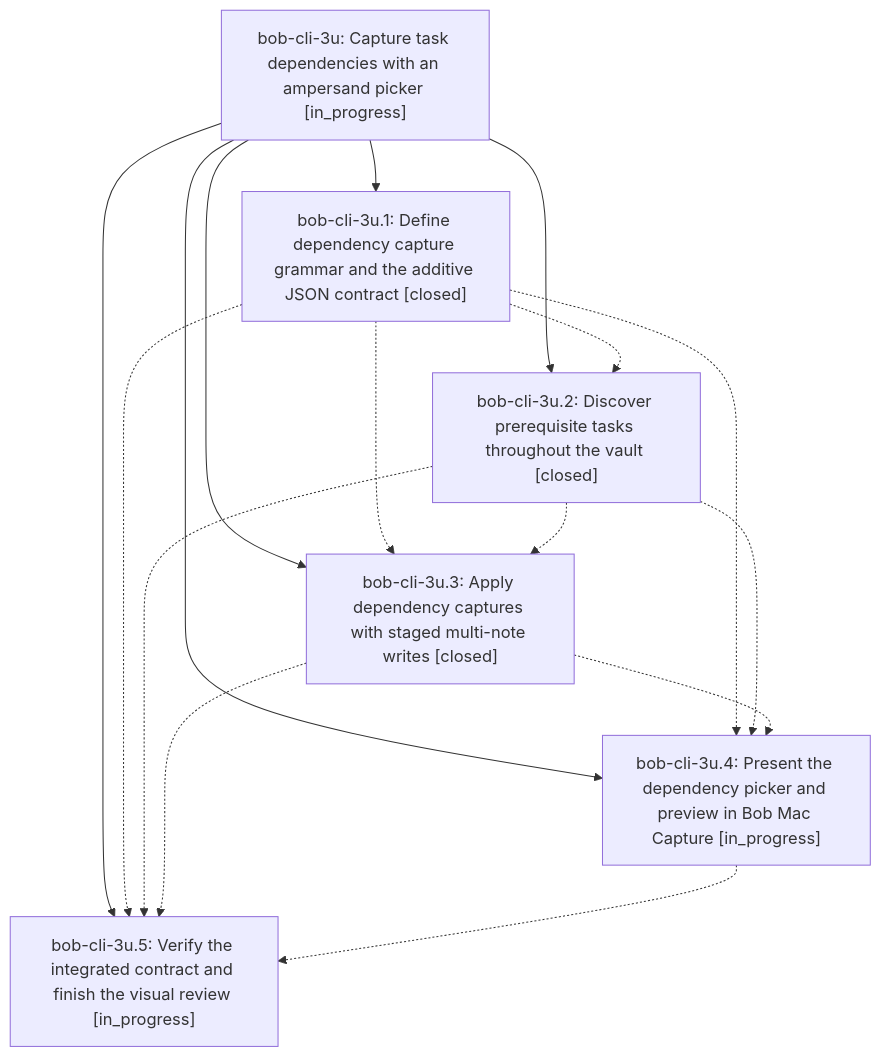
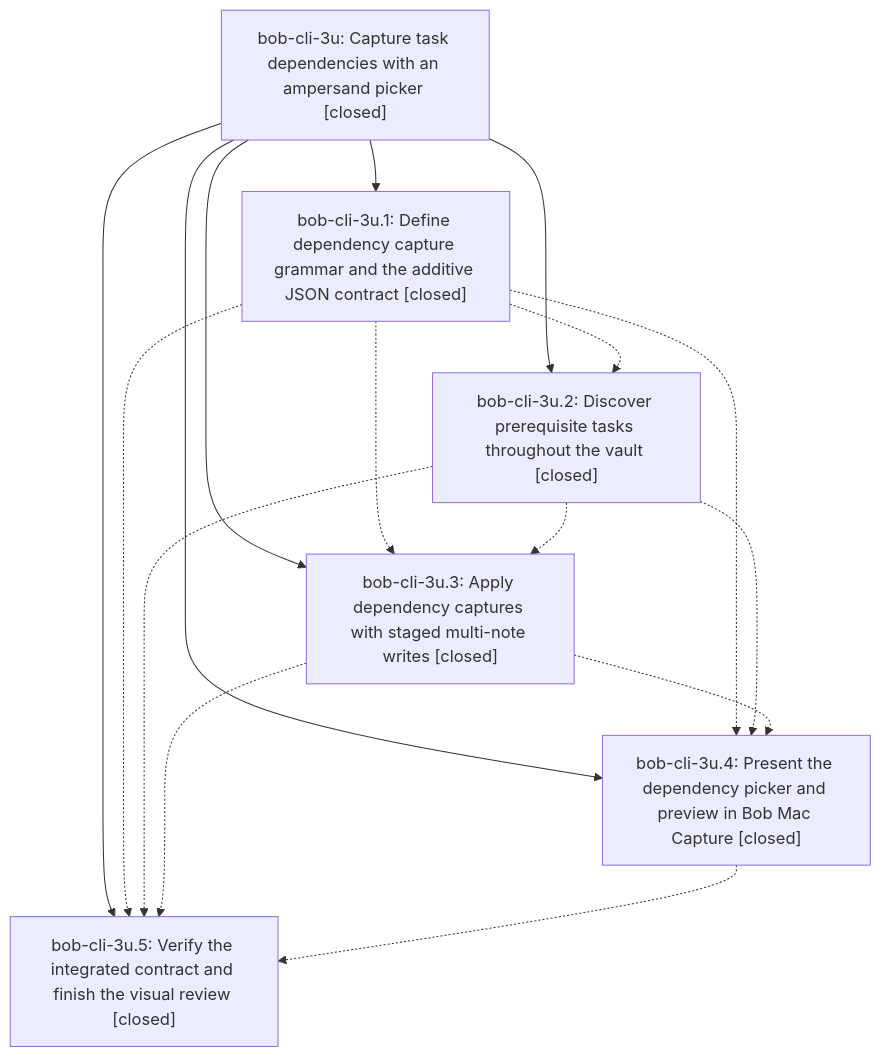
Before and after one commit to bobs-org/bob-cli--beads: the diagram in pages/bob-cli-3u/README.md, drawn with Mermaid. The commit also changed other lines of this file and 5 other files, not shown here.

First line of the commit message:
chore(beads): sync bead state and pages for bob-cli-3u

````diff
--- a/pages/bob-cli-3u/README.md
+++ b/pages/bob-cli-3u/README.md
@@ -26,24 +72,24 @@
 ```mermaid
 flowchart TD
-    n0["bob-cli-3u: Capture task dependencies with an ampersand picker [in_progress]"]
+    n0["bob-cli-3u: Capture task dependencies with an ampersand picker [closed]"]
     n1["bob-cli-3u.1: Define dependency capture grammar and the additive JSON contract [closed]"]
     n2["bob-cli-3u.2: Discover prerequisite tasks throughout the vault [closed]"]
     n3["bob-cli-3u.3: Apply dependency captures with staged multi-note writes [closed]"]
-    n4["bob-cli-3u.4: Present the dependency picker and preview in Bob Mac Capture [in_progress]"]
-    n5["bob-cli-3u.5: Verify the integrated contract and finish the visual review [in_progress]"]
+    n4["bob-cli-3u.4: Present the dependency picker and preview in Bob Mac Capture [closed]"]
+    n5["bob-cli-3u.5: Verify the integrated contract and finish the visual review [closed]"]
     n0 --> n1
     n0 --> n2
     n0 --> n3
     n0 --> n4
     n0 --> n5
     n1 -.-> n2
     n1 -.-> n3
     n1 -.-> n4
     n1 -.-> n5
     n2 -.-> n3
     n2 -.-> n4
     n2 -.-> n5
     n3 -.-> n4
     n3 -.-> n5
     n4 -.-> n5
 ```
````
